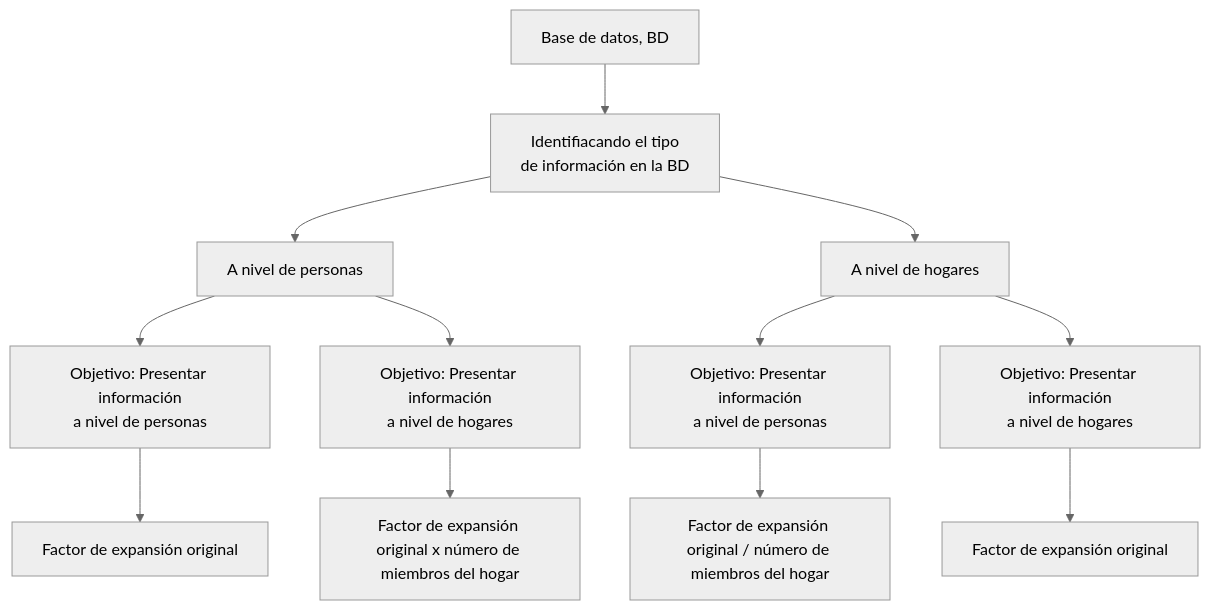
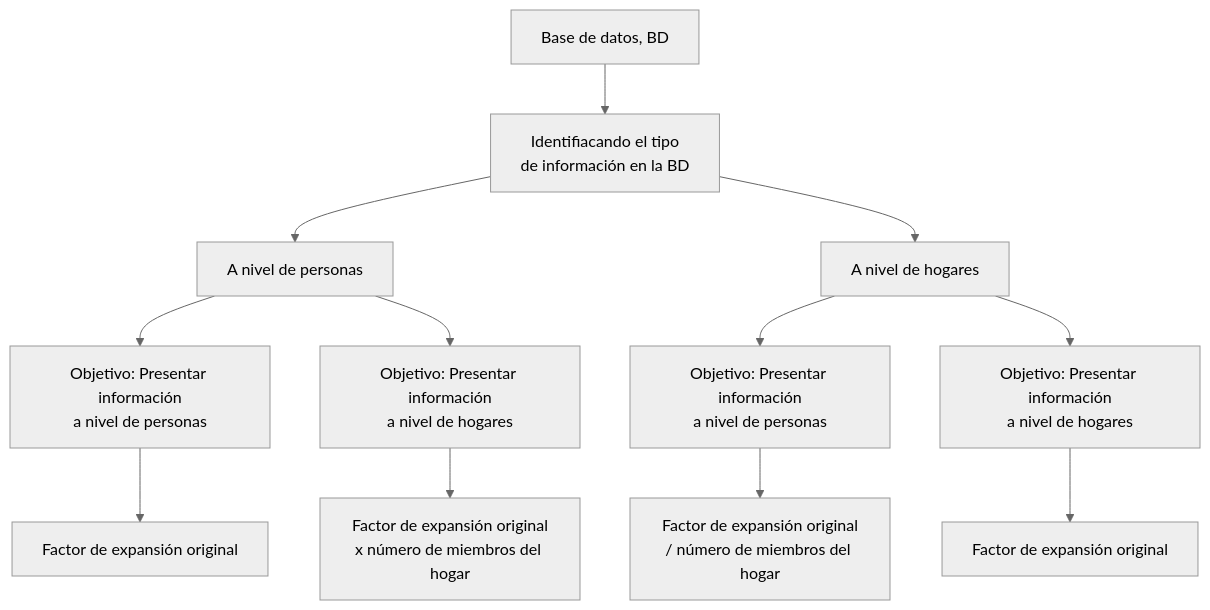
The diagram in 01_Factores_expansión.md (AlejandroPerezPortocarrero/Descriptive_analysis_ENAHO), drawn with Mermaid (neutral theme) before and after one commit.

````diff
--- a/01_Factores_expansión.md
+++ b/01_Factores_expansión.md
@@ -67,14 +67,14 @@
 ```mermaid
 graph TD;
     st[Base de datos, BD] --> split1[Identifiacando el tipo<br>de información en la BD];
     split1 --> split2a[A nivel de personas];
     split1 --> split2b[A nivel de hogares];
     split2a --> split3a[Objetivo: Presentar información<br>a nivel de personas];
     split2a --> split3b[Objetivo: Presentar información<br>a nivel de hogares];
     split2b --> split5a[Objetivo: Presentar información<br>a nivel de personas];
     split2b --> split5b[Objetivo: Presentar información<br>a nivel de hogares];
     split3a --> split4a[Factor de expansión original];
-    split3b --> split4b[Factor de expansión original x número de miembros del hogar];
-    split5a --> split6a[Factor de expansión original / número de miembros del hogar];
+    split3b --> split4b[Factor de expansión original<br>x número de miembros del hogar];
+    split5a --> split6a[Factor de expansión original<br>/ número de miembros del hogar];
     split5b --> split6b[Factor de expansión original];
 ```
````
